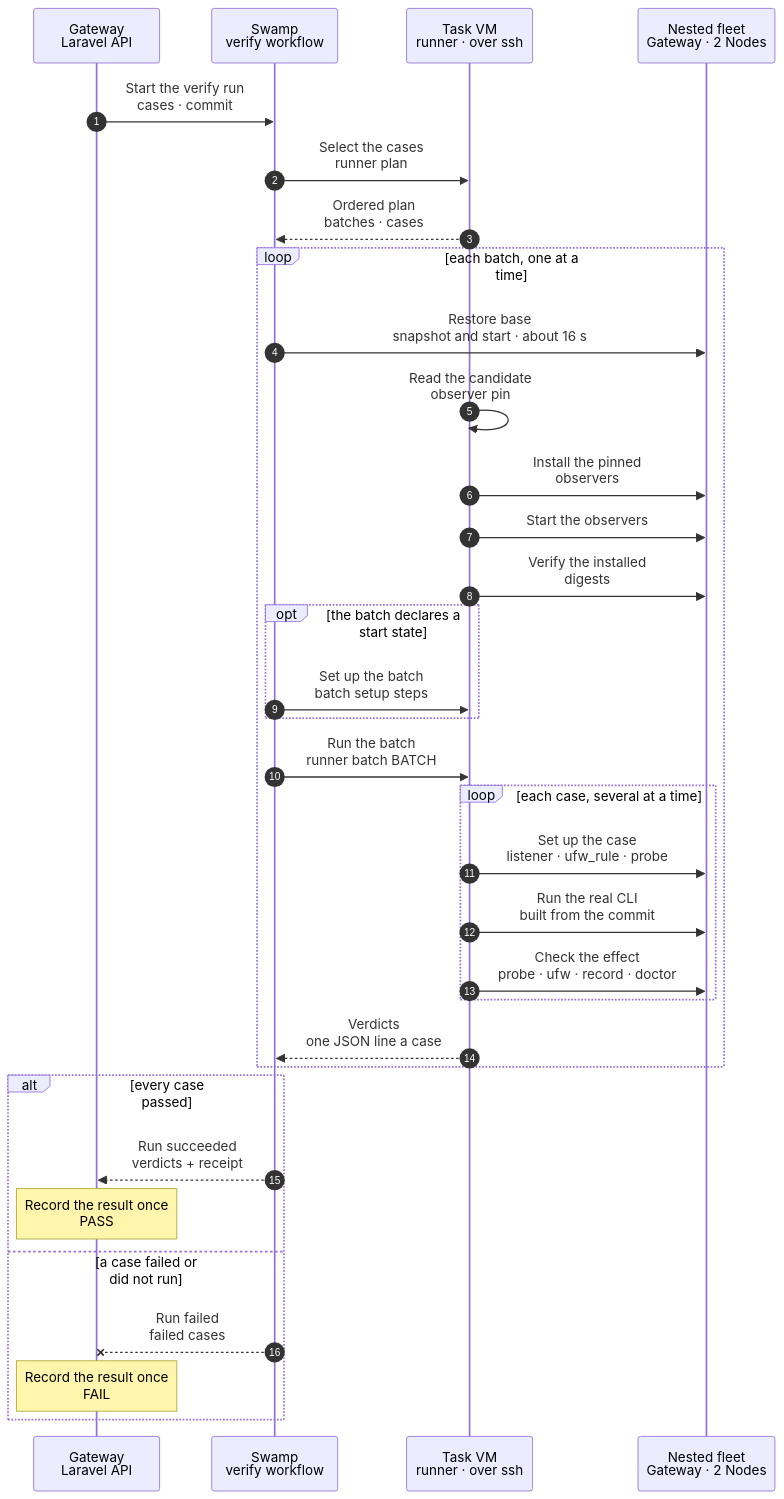
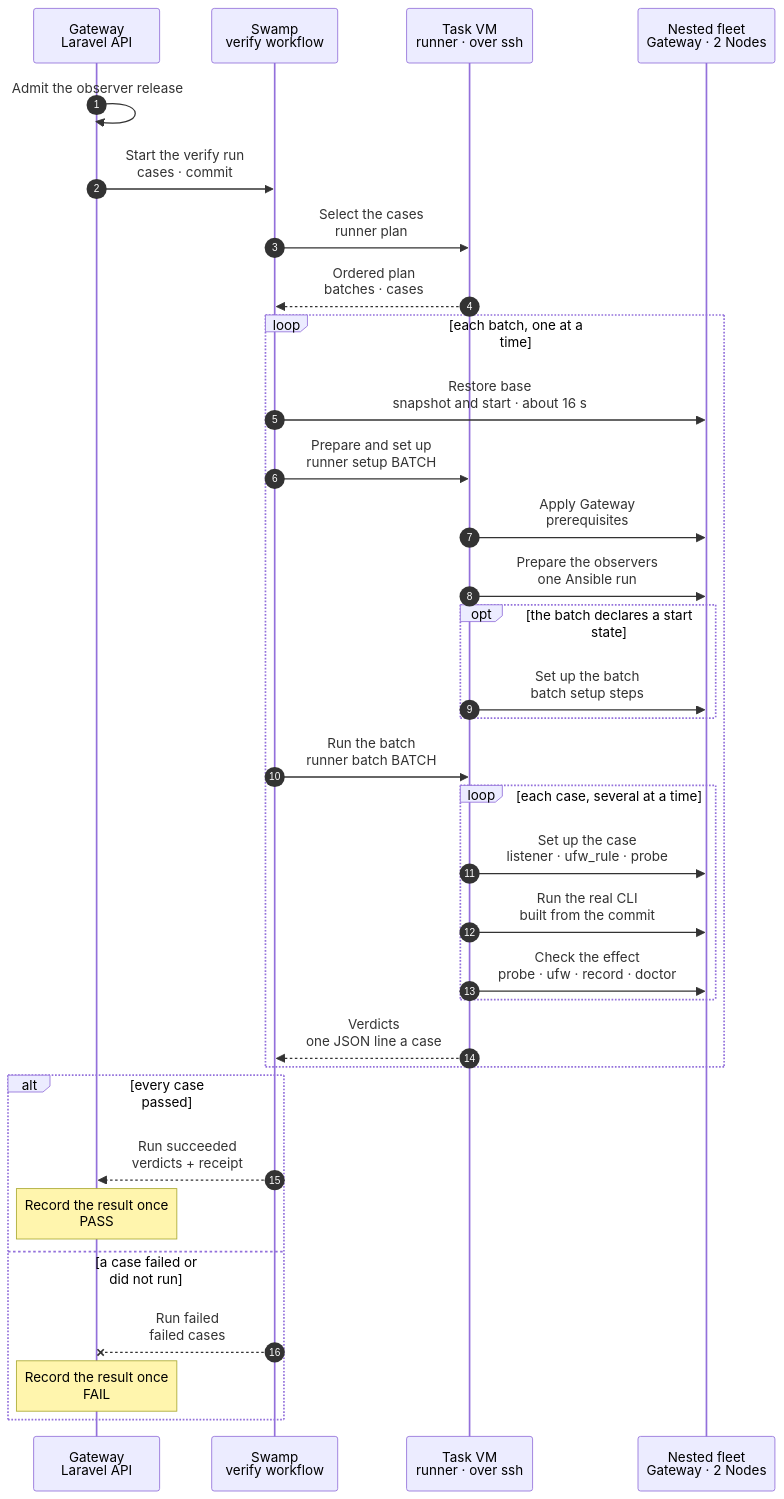
One commit to hardimpactdev/orbit changed the diagram in docs/reference/pipeline/3-proof-runner.mmd. Above: the diagram before and after it, drawn with Mermaid. The commit also changed 33 other files, not shown here.

First line of the commit message:
fix(proof): admit observer releases before preparing nested agents

```diff
--- a/docs/reference/pipeline/3-proof-runner.mmd
+++ b/docs/reference/pipeline/3-proof-runner.mmd
@@ -1,81 +1,80 @@
 sequenceDiagram
   %% Target design: the proof runner inside stage 3 of the command development pipeline (design: reference/verification-cases). One shared runner executes the cases of one command; each batch restores the task's base snapshot once, cases use their own resources and undo nothing, the cases of a batch run in one step, several at a time on different Nodes; a case is a specification built from a fixed set of steps. Orbit's own Swamp runs the runner over SSH in the task VM, as part of the "Run the proof" child of proof:run. The Gateway only admits the request and records the verdicts.
   %% status: draft
   %% command: development pipeline stage 3 · proof runner
   %% kind: pipeline.3-proof-runner
   autonumber
   %% lane GW icon=gateway pill=intent tone=blue
   %% lane SW icon=workflow pill=executes tone=green
   %% lane VM icon=server pill=target tone=purple
   %% lane NT icon=server pill=fleet tone=amber
   participant GW as Gateway<br/>Laravel API
   participant SW as Swamp<br/>verify workflow
   participant VM as Task VM<br/>runner · over ssh
   participant NT as Nested fleet<br/>Gateway · 2 Nodes
+  GW->>GW: Admit the observer release
+  %%> Reuses GatewayReleaseAgentDelivery: fixed repository release URL, byte-equal published manifest, SHA256SUMS and verified provenance. CI admits both head and merge-base pins before allocating a VM. Candidate code does not validate its own release.
   GW->>SW: Start the verify run<br/>cases · commit
   %%> Inputs:
   %%> - the commit and the one command whose cases run; in CI, `proof:run` proves each affected command separately
   %%> Why:
   %%> - the Gateway only authorizes; Swamp owns the run and its state
   SW->>VM: Select the cases<br/>runner plan
   %%> What it does:
   %%> - reads the command's cases file at the tested commit
   %%> - refuses a case with an unknown step, an unknown chart path or no batch
   %%> - lists the chart paths, options and codes that no case covers
   %%> - groups the cases by batch, in the order of `swamp/proof/batches.yaml`; inside a batch, in file order
   %%> - `runner plan --lines` prints one line a batch, `BATCH SETUP CASE...`, which the workflow reads; the workflow `proof-fleet-verify` is built
   VM-->>SW: Ordered plan<br/>batches · cases
   loop each batch, one at a time
     SW->>NT: Restore base<br/>snapshot and start · about 16 s
     %%> What it does:
     %%> - restores the task's plain snapshot `base` of the three nested containers (a reboot); skipped when the fleet is still at `base`, as for the first batch
     %%> - a restore that fails or is not healthy within 45 s stops the run; the cases that did not run become `unrun` with cause `infrastructure`
     %%> - built, not yet passed live: the step is the workflow `proof-fleet-restore` (restore, start, boot wait, readiness, apply the checkout), which `proof-fleet-verify-batch` calls; 0 of 2 runs succeeded by 2026-11-06; the old `runner restore` was removed
-    VM->>VM: Read the candidate<br/>observer pin
-    %%> Reads linux-x86_64 from the candidate's frozen-manifest.json, never the seed's installed version.
-    VM->>NT: Install the pinned<br/>observers
-    %%> Ansible uses the normal Node convergence's SHA-256-verified atomic replacement task on all three nested Nodes. Matching binaries stay in place.
-    VM->>NT: Start the observers
-    %%> Restarts a changed binary; starts an inactive observer. Existing Node identity and configuration stay in place.
-    VM->>NT: Verify the installed<br/>digests
-    %%> A download, checksum, service or digest failure stops discovery and cases as infrastructure. Repeat after every restore; never save a new base snapshot.
+    SW->>VM: Prepare and set up<br/>runner setup BATCH
+    %%> Always runs, including batches with no setup steps. Swamp passes the exact published manifest admitted by the trusted Gateway.
+    VM->>NT: Apply Gateway<br/>prerequisites
+    VM->>NT: Prepare the observers<br/>one Ansible run
+    %%> Installs only the admitted artifact, using Node convergence's SHA-256-verified atomic replacement task. Stops all observers, discards old host receipts, starts the observers and waits for the Gateway to record each expected version plus a new host fact. No new base snapshot.
+    %%> The whole preparation has its own 330-second bound, inside the setup transport's 480-second limit. A failed preparation stops cases as infrastructure.
     opt the batch declares a start state
-      SW->>VM: Set up the batch<br/>batch setup steps
-      %%> What it does:
-      %%> - runs the setup steps of the batch, such as extra addresses on the Nodes
+      VM->>NT: Set up the batch<br/>batch setup steps
+      %%> The batch's separate 120-second setup budget starts after preparation and discovery.
     end
     SW->>VM: Run the batch<br/>runner batch BATCH
     %%> What it does:
     %%> - one Swamp step runs every case of the batch; the runner reads the fleet once
     %%> - the cases that share the fleet run several at a time (the `parallel` key of the cases file, 4 by default), never two on one Node: each case acts on one Node of the cases file's `spread`, and the Gateway lets one firewall write run on a Node at a time
     %%> - the cases that change or compare what every case shares (the Operation list, a fault, a held lock) run alone, after the others
     %%> - no restore after a failed case: cases use their own resources, undo nothing, and the next batch restores anyway
     %%> Result:
     %%> - one verdict line a case, those that did not pass first; the full receipt of each stays in the evidence directory
     loop each case, several at a time
       VM->>NT: Set up the case<br/>listener · ufw_rule · probe
       %%> What it does:
       %%> - builds the starting state, then probes it, for example a blocked port and a working control port
       %%> - a bound firewall anchor matches the current case's tuple and comment for the same protocol, so a repeated comment from an earlier case or another protocol cannot select its rule
       %%> When:
       %%> - a failed setup step ends the case as `unrun`; it is not a pass
       VM->>NT: Run the real CLI<br/>built from the commit
       %%> What it does:
       %%> - the `act` steps call the command through its real interface and check exit status, result code and skip reason
       VM->>NT: Check the effect<br/>probe · ufw · record · doctor
       %%> What it does:
       %%> - the `expect` steps check traffic, rule order, the Gateway record and Doctor
       %%> - every step runs, so one verdict lists all failures
     end
     VM-->>SW: Verdicts<br/>one JSON line a case
     %%> Returns:
     %%> - the case id, `passed`, `failed` (cause `assertion` or `infrastructure`) or `unrun` (cause `precondition`), the failed checks and the seconds
     %%> - Swamp cuts a step's output at 4096 bytes: the runner prints the lines that did not pass first, and counts the lines it had to leave out; a case without a line is reported as having printed no verdict
   end
   alt every case passed
     SW-->>GW: Run succeeded<br/>verdicts + receipt
     Note over GW: Record the result once<br/>PASS
   else a case failed or did not run
     SW--xGW: Run failed<br/>failed cases
     Note over GW: Record the result once<br/>FAIL
   end
```
